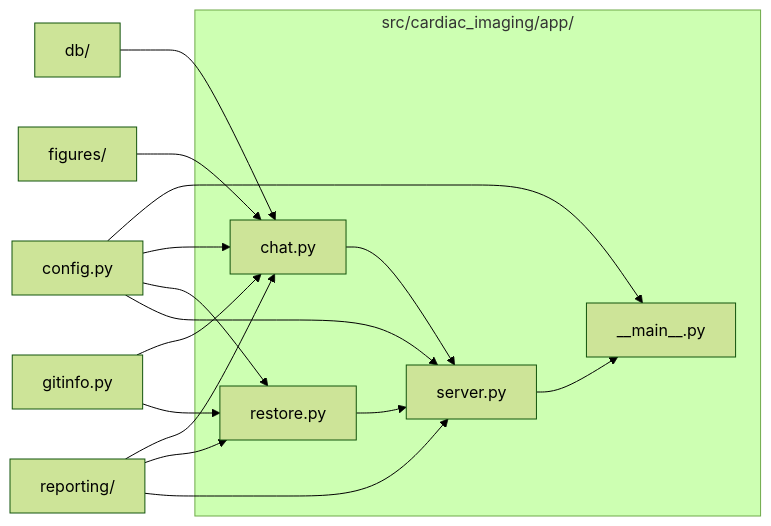
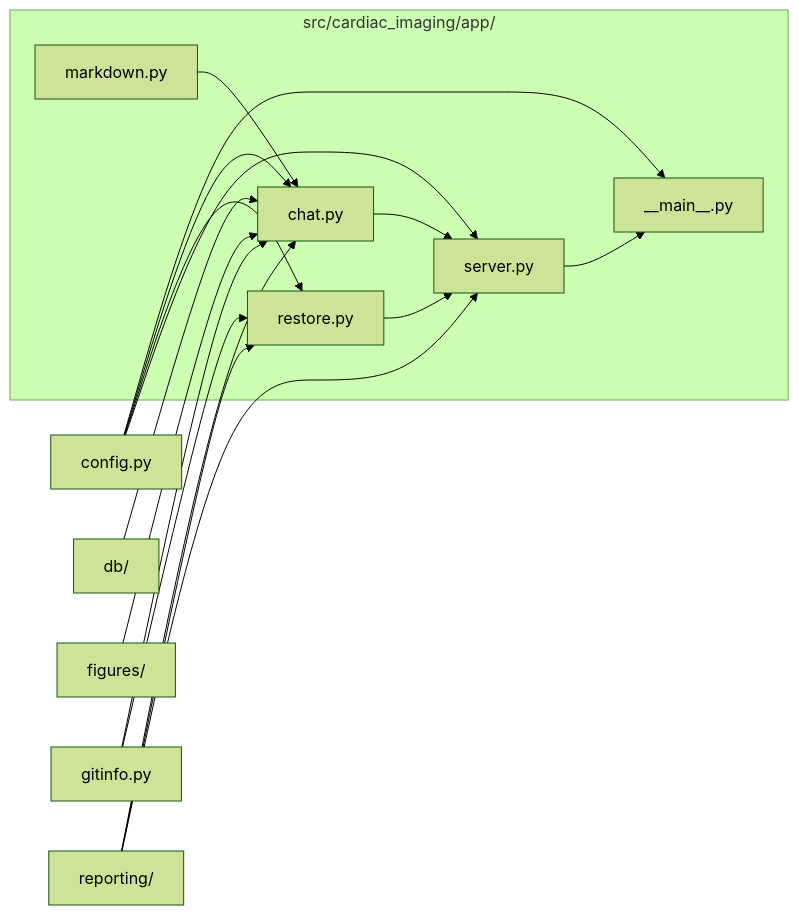
One commit to drsanjna/cardiac-imaging-medicare changed the diagram in src/cardiac_imaging/app/README.md. Above: the diagram before and after it, drawn with Mermaid (forest theme). The commit also changed other lines of this file and 2 other files, not shown here.

````diff
--- a/src/cardiac_imaging/app/README.md
+++ b/src/cardiac_imaging/app/README.md
@@ -11,28 +11,30 @@
 ```mermaid
 flowchart LR
   subgraph here["src/cardiac_imaging/app/"]
     n___main___py["__main__.py"]
     n_chat_py["chat.py"]
+    n_markdown_py["markdown.py"]
     n_restore_py["restore.py"]
     n_server_py["server.py"]
   end
   n_config_py["config.py"]
   n_db_["db/"]
   n_figures_["figures/"]
   n_gitinfo_py["gitinfo.py"]
   n_reporting_["reporting/"]
   n_chat_py --> n_server_py
   n_config_py --> n___main___py
   n_config_py --> n_chat_py
   n_config_py --> n_restore_py
   n_config_py --> n_server_py
   n_db_ --> n_chat_py
   n_figures_ --> n_chat_py
   n_gitinfo_py --> n_chat_py
   n_gitinfo_py --> n_restore_py
+  n_markdown_py --> n_chat_py
   n_reporting_ --> n_chat_py
   n_reporting_ --> n_restore_py
   n_reporting_ --> n_server_py
   n_restore_py --> n_server_py
   n_server_py --> n___main___py
 ```
````
